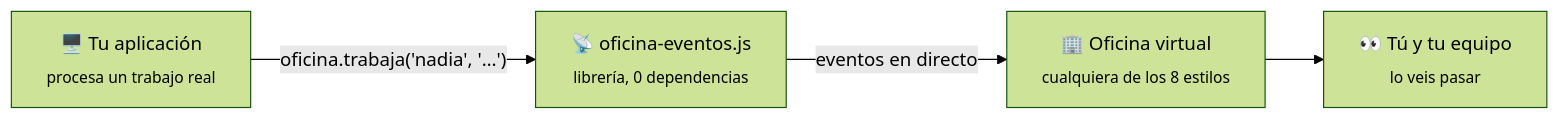
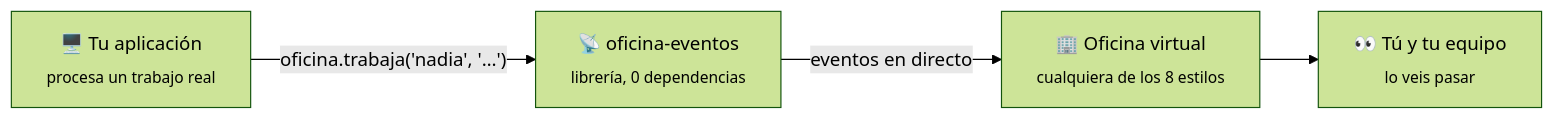
Before and after one commit to maomur/claude-plugins: the first of 2 diagrams in README.md, drawn with Mermaid (forest theme). The commit also changed other lines of this file and 25 other files, not shown here.

````diff
--- a/README.md
+++ b/README.md
@@ -135,6 +135,6 @@
 ```mermaid
 flowchart LR
-    A["🖥️ Tu aplicación<br/><sub>procesa un trabajo real</sub>"] -- "oficina.trabaja('nadia', '…')" --> B["📡 oficina-eventos.js<br/><sub>librería, 0 dependencias</sub>"]
+    A["🖥️ Tu aplicación<br/><sub>procesa un trabajo real</sub>"] -- "oficina.trabaja('nadia', '…')" --> B["📡 oficina-eventos<br/><sub>librería, 0 dependencias</sub>"]
     B -- "eventos en directo" --> C["🏢 Oficina virtual<br/><sub>cualquiera de los 8 estilos</sub>"]
     C --> D["👀 Tú y tu equipo<br/><sub>lo veis pasar</sub>"]
 ```
````
